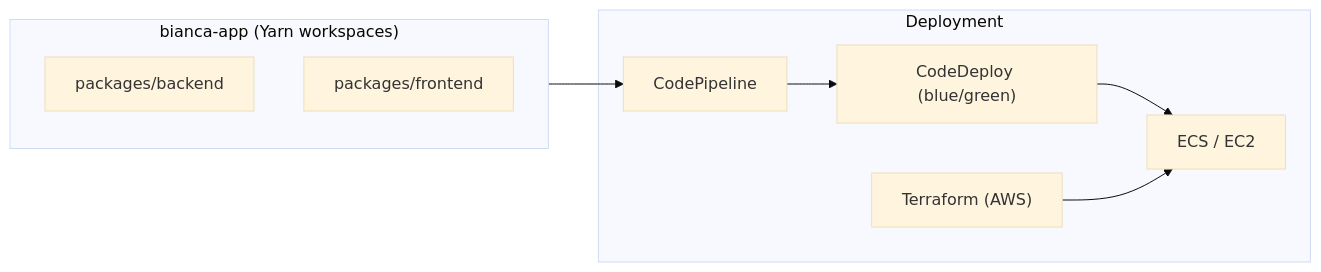
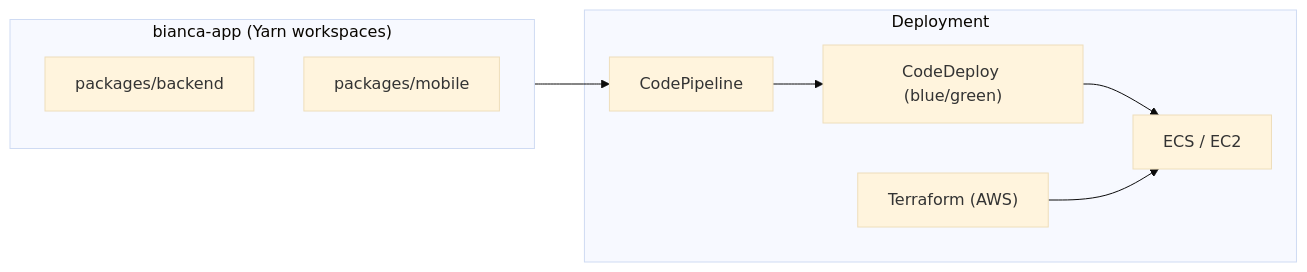
One commit to slampenny/bianca-app changed the second of 6 diagrams in docs/ARCHITECTURE.md. Above: the diagram before and after it, drawn with Mermaid (base theme). The commit also changed other lines of this file and 578 other files, not shown here.

````diff
--- a/docs/ARCHITECTURE.md
+++ b/docs/ARCHITECTURE.md
@@ -45,19 +45,19 @@
 ```mermaid
 flowchart LR
   subgraph repo["bianca-app (Yarn workspaces)"]
     PkgBackend["packages/backend"]
-    PkgFrontend["packages/frontend"]
+    PkgMobile["packages/mobile"]
   end
 
   subgraph deploy["Deployment"]
     Terraform["Terraform (AWS)"]
     CodePipeline["CodePipeline"]
     CodeDeploy["CodeDeploy (blue/green)"]
     ECS["ECS / EC2"]
   end
 
   repo --> CodePipeline
   CodePipeline --> CodeDeploy
   CodeDeploy --> ECS
   Terraform --> ECS
 ```
````
